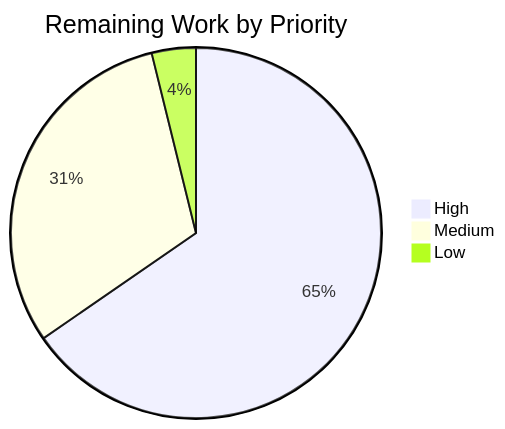
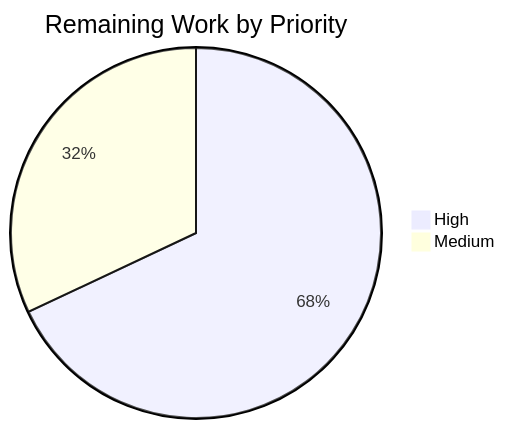
Before and after one commit to irinakwulf/GHNewRepoIW: the third of 4 diagrams in blitzy/documentation/Project Guide - 2c10a9d6-37fb-4cf2-88dc-b99d3a54c7d8.md, drawn with Mermaid. The commit also changed other lines of this file, not shown here.

````diff
--- a/blitzy/documentation/Project Guide - 2c10a9d6-37fb-4cf2-88dc-b99d3a54c7d8.md
+++ b/blitzy/documentation/Project Guide - 2c10a9d6-37fb-4cf2-88dc-b99d3a54c7d8.md
@@ -196,6 +204,5 @@
 ```mermaid
 pie title Remaining Work by Priority
     "High" : 17
     "Medium" : 8
-    "Low" : 1
 ```
````
